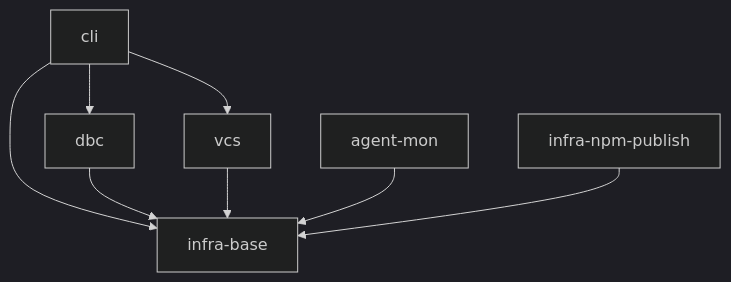
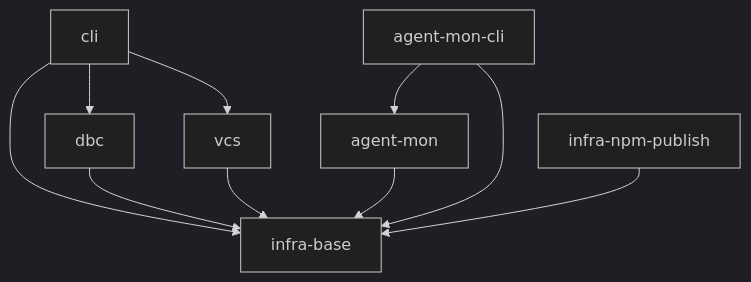
One commit to RubaXa/gennady changed the diagram in specs/README.md. Above: the diagram before and after it, drawn with Mermaid (dark theme). The commit also changed other lines of this file and 40 other files, not shown here.

First line of the commit message:
feat(agent-mon-cli): SDD Discovery — scope spec + Portal update

````diff
--- a/specs/README.md
+++ b/specs/README.md
@@ -9,10 +9,12 @@
 ```mermaid
 graph TD
     cli --> dbc
     cli --> infra-base
     cli --> vcs
     dbc --> infra-base
     vcs --> infra-base
     agent-mon --> infra-base
+    agent-mon-cli --> infra-base
+    agent-mon-cli --> agent-mon
     infra-npm-publish --> infra-base
 ```
````
